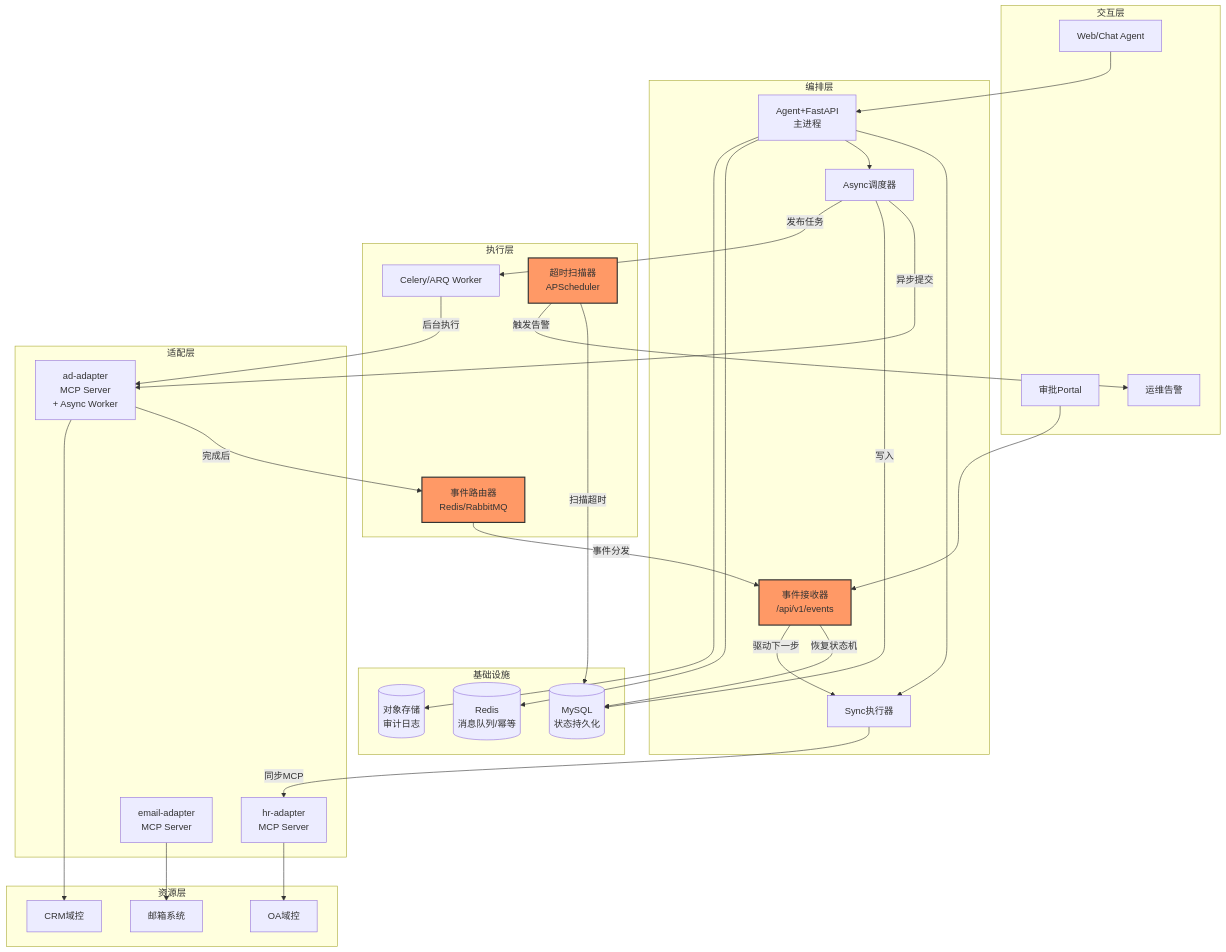
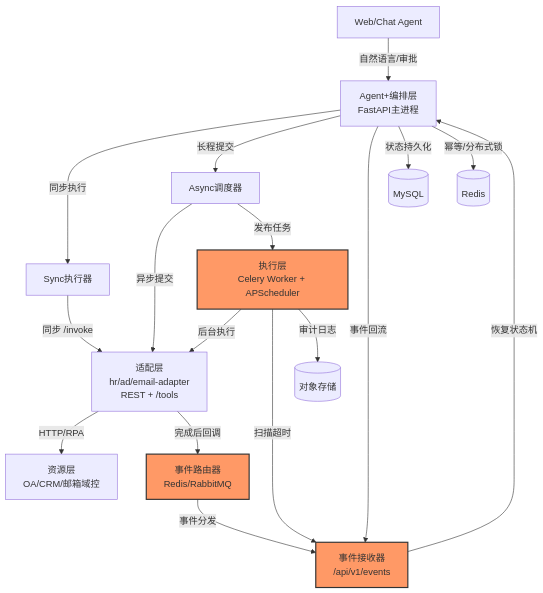
Before and after one commit to zs2731070169-web/smart_talkflow: the seventh of 8 diagrams in SSD/传统业务系统接入 Agent 落地计划.md, drawn with Mermaid. The commit also changed other lines of this file and 18 other files, not shown here.

````diff
--- a/SSD/传统业务系统接入 Agent 落地计划.md
+++ b/SSD/传统业务系统接入 Agent 落地计划.md
@@ -438,64 +446,23 @@
 ```mermaid
-graph TB
-    subgraph 交互层
-        A1[Web/Chat Agent]
-        A2[审批Portal]
-        A3[运维告警]
-    end
-    
-    subgraph 编排层
-        B1[Agent+FastAPI<br/>主进程]
-        B2[Sync执行器]
-        B3[Async调度器]
-        B4[事件接收器<br/>/api/v1/events]
-    end
-    
-    subgraph 执行层
-        C1[Celery/ARQ Worker]
-        C2[超时扫描器<br/>APScheduler]
-        C3[事件路由器<br/>Redis/RabbitMQ]
-    end
-    
-    subgraph 适配层
-        D1[hr-adapter<br/>MCP Server]
-        D2[ad-adapter<br/>MCP Server<br/>+ Async Worker]
-        D3[email-adapter<br/>MCP Server]
-    end
-    
-    subgraph 资源层
-        E1[OA域控]
-        E2[CRM域控]
-        E3[邮箱系统]
-    end
-    
-    subgraph 基础设施
-        F1[(MySQL<br/>状态持久化)]
-        F2[(Redis<br/>消息队列/幂等)]
-        F3[(对象存储<br/>审计日志)]
-    end
-    
-    A1 --> B1
-    A2 --> B4
-    B1 --> B2
-    B1 --> B3
-    B2 -->|同步MCP| D1
-    B3 -->|异步提交| D2
-    B3 -->|写入| F1
-    B3 -->|发布任务| C1
-    C1 -->|后台执行| D2
-    D2 -->|完成后| C3
-    C3 -->|事件分发| B4
-    B4 -->|恢复状态机| F1
-    B4 -->|驱动下一步| B2
-    C2 -->|扫描超时| F1
-    C2 -->|触发告警| A3
-    D1 --> E1
-    D2 --> E2
-    D3 --> E3
-    B1 --> F2
-    B1 --> F3
-    
-    style B4 fill:#f96,stroke:#333,stroke-width:2px
-    style C2 fill:#f96,stroke:#333,stroke-width:2px
-    style C3 fill:#f96,stroke:#333,stroke-width:2px
+graph TD
+    A[Web/Chat Agent] -->|自然语言/审批| B[Agent+编排层<br/>FastAPI主进程]
+    B -->|同步执行| C[Sync执行器]
+    B -->|长程提交| D[Async调度器]
+    B -->|事件回流| E[事件接收器<br/>/api/v1/events]
+    C -->|同步 /invoke| F[适配层<br/>hr/ad/email-adapter<br/>REST + /tools]
+    D -->|异步提交| F
+    D -->|发布任务| G[执行层<br/>Celery Worker + APScheduler]
+    G -->|后台执行| F
+    F -->|HTTP/RPA| H[资源层<br/>OA/CRM/邮箱域控]
+    F -->|完成后回调| I[事件路由器<br/>Redis/RabbitMQ]
+    I -->|事件分发| E
+    E -->|恢复状态机| B
+    G -->|扫描超时| E
+    B -->|状态持久化| J[(MySQL)]
+    B -->|幂等/分布式锁| K[(Redis)]
+    G -->|审计日志| L[(对象存储)]
+
+    style E fill:#f96,stroke:#333,stroke-width:2px
+    style G fill:#f96,stroke:#333,stroke-width:2px
+    style I fill:#f96,stroke:#333,stroke-width:2px
 ```
````
